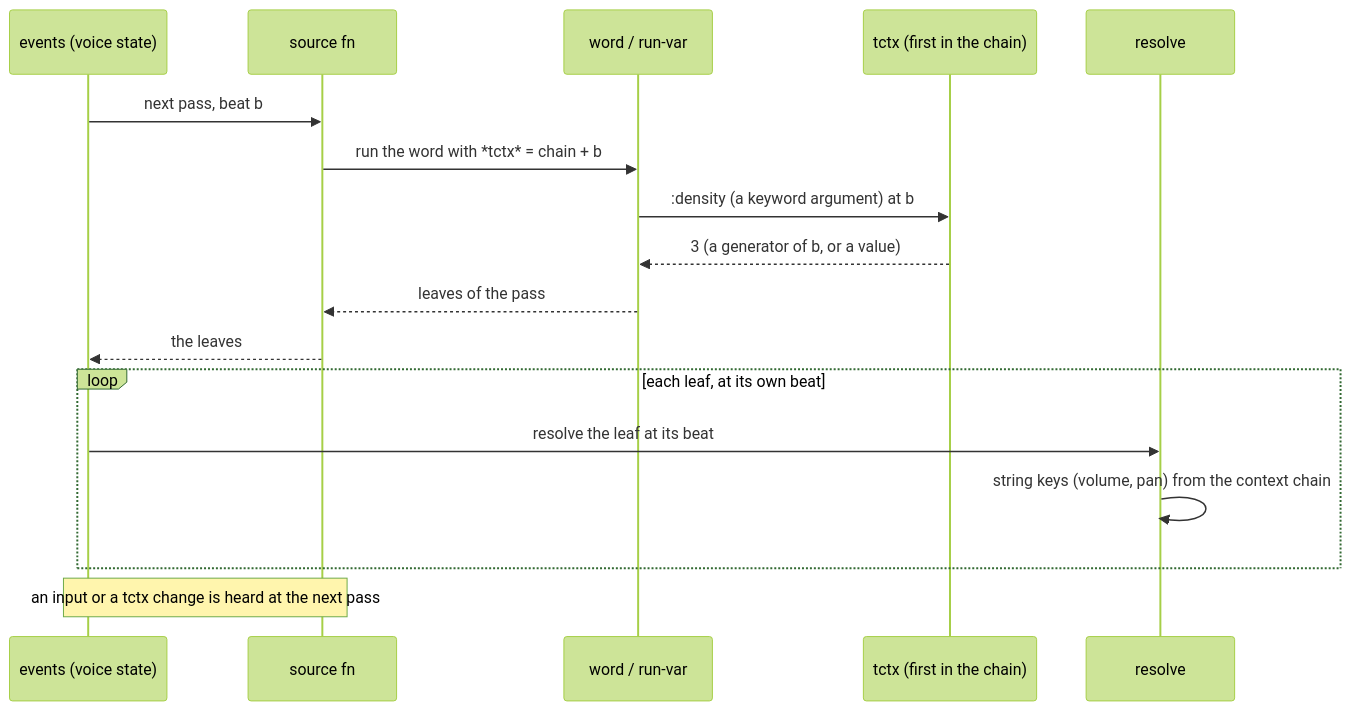
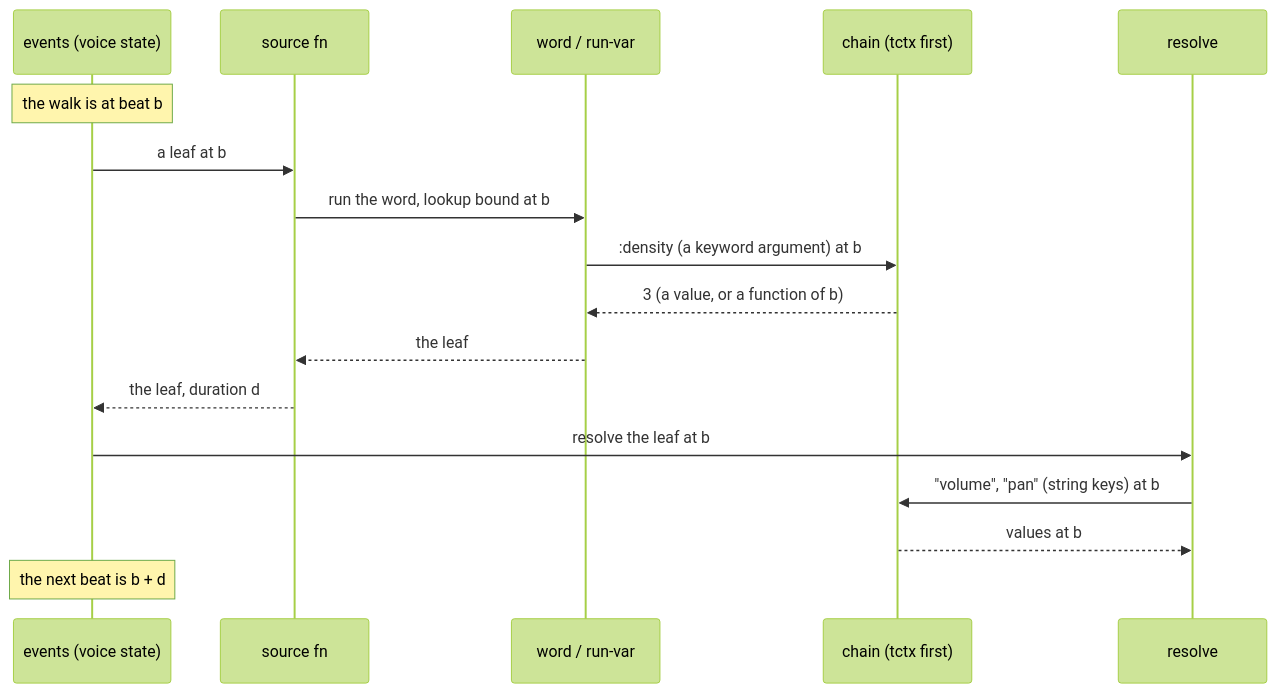
The third of 3 diagrams in doc/md/pull-voice.md (gebdevalk/musics), drawn with Mermaid (forest theme) before and after one commit. The commit also changed other lines of this file and 1 other file, not shown here.

Commit message:
docs: a voice as a function of beat -- one leaf, one beat, every lookup at that beat

````diff
--- a/doc/md/pull-voice.md
+++ b/doc/md/pull-voice.md
@@ -59,20 +64,20 @@
 ```mermaid
 sequenceDiagram
   participant E as events (voice state)
   participant S as source fn
   participant W as word / run-var
-  participant T as tctx (first in the chain)
+  participant C as chain (tctx first)
   participant R as resolve
 
-  E->>S: next pass, beat b
-  S->>W: run the word with *tctx* = chain + b
-  W->>T: :density (a keyword argument) at b
-  T-->>W: 3 (a generator of b, or a value)
-  W-->>S: leaves of the pass
-  S-->>E: the leaves
-  loop each leaf, at its own beat
-    E->>R: resolve the leaf at its beat
-    R->>R: string keys (volume, pan) from the context chain
-  end
-  Note over E,S: an input or a tctx change is heard at the next pass
+  Note over E: the walk is at beat b
+  E->>S: a leaf at b
+  S->>W: run the word, lookup bound at b
+  W->>C: :density (a keyword argument) at b
+  C-->>W: 3 (a value, or a function of b)
+  W-->>S: the leaf
+  S-->>E: the leaf, duration d
+  E->>R: resolve the leaf at b
+  R->>C: "volume", "pan" (string keys) at b
+  C-->>R: values at b
+  Note over E: the next beat is b + d
 ```
````
